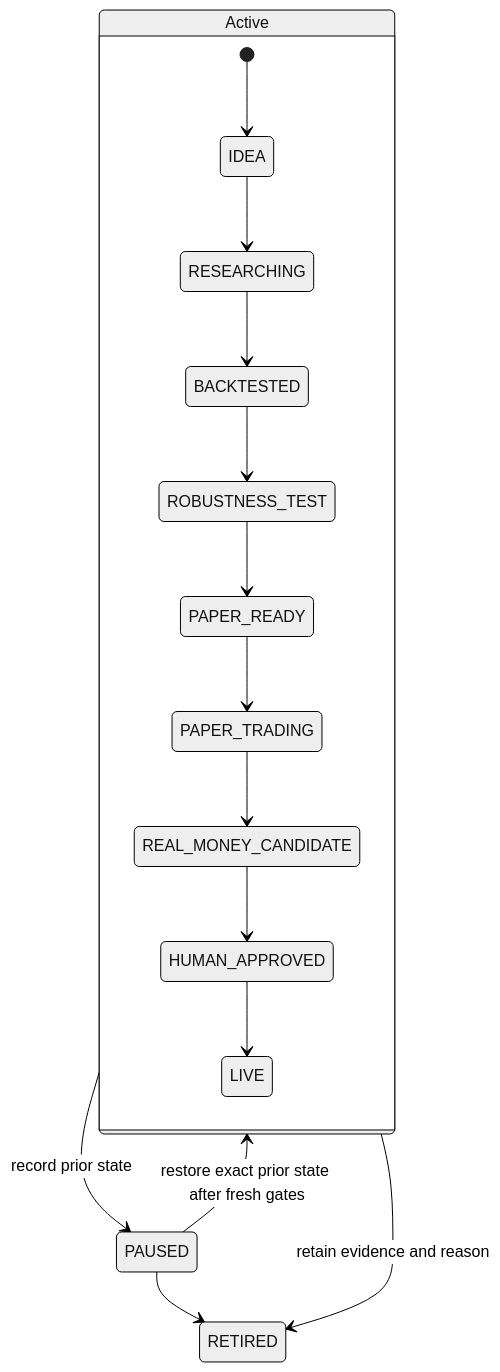
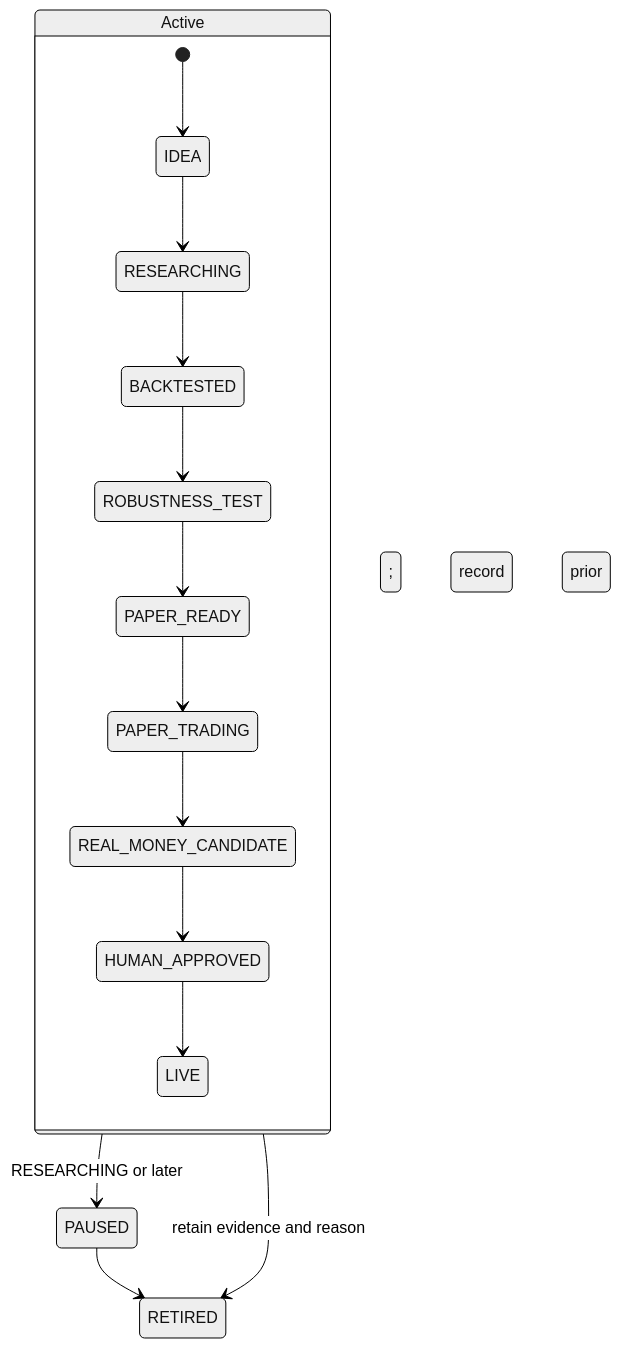
Before and after one commit to leerazor/jusik: the third of 3 diagrams in docs/autonomous-trading-lab.md, drawn with Mermaid (neutral theme). The commit also changed other lines of this file and 3 other files, not shown here.

````diff
--- a/docs/autonomous-trading-lab.md
+++ b/docs/autonomous-trading-lab.md
@@ -279,18 +281,18 @@
 ```mermaid
 stateDiagram-v2
   state Active {
     [*] --> IDEA
     IDEA --> RESEARCHING
     RESEARCHING --> BACKTESTED
     BACKTESTED --> ROBUSTNESS_TEST
     ROBUSTNESS_TEST --> PAPER_READY
     PAPER_READY --> PAPER_TRADING
     PAPER_TRADING --> REAL_MONEY_CANDIDATE
     REAL_MONEY_CANDIDATE --> HUMAN_APPROVED
     HUMAN_APPROVED --> LIVE
   }
-  Active --> PAUSED: record prior state
+  Active --> PAUSED: RESEARCHING or later; record prior state
   PAUSED --> Active: restore exact prior state after fresh gates
   Active --> RETIRED: retain evidence and reason
   PAUSED --> RETIRED
 ```
````
